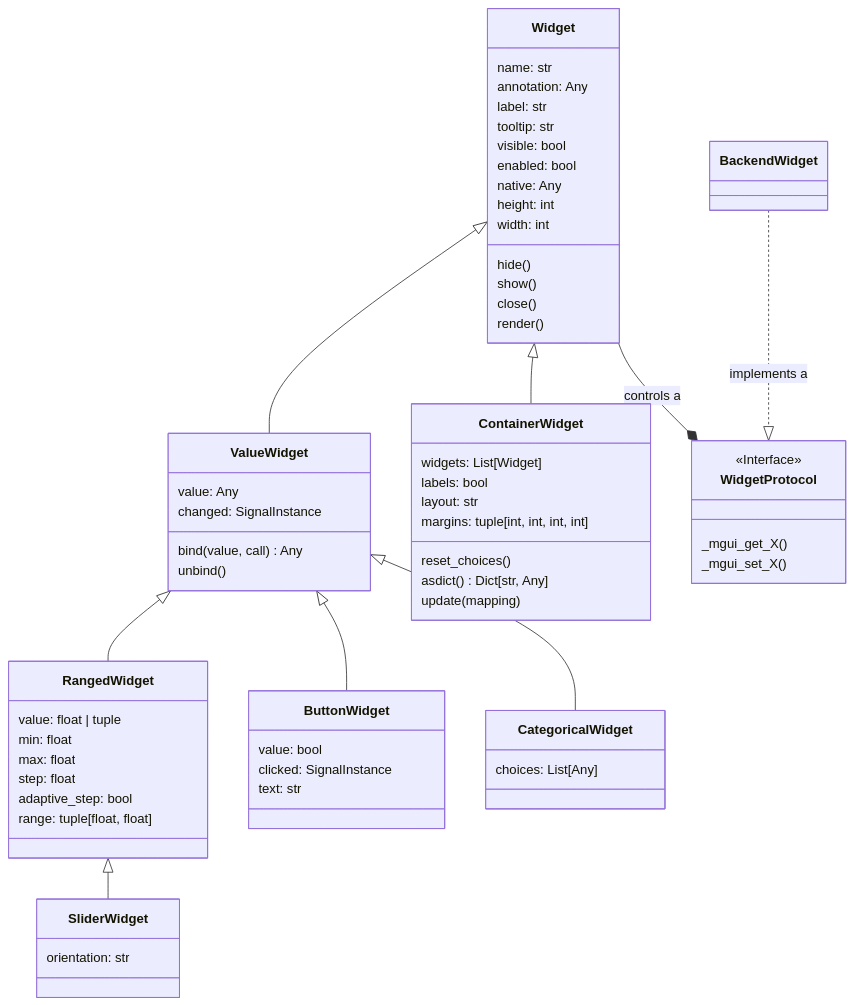
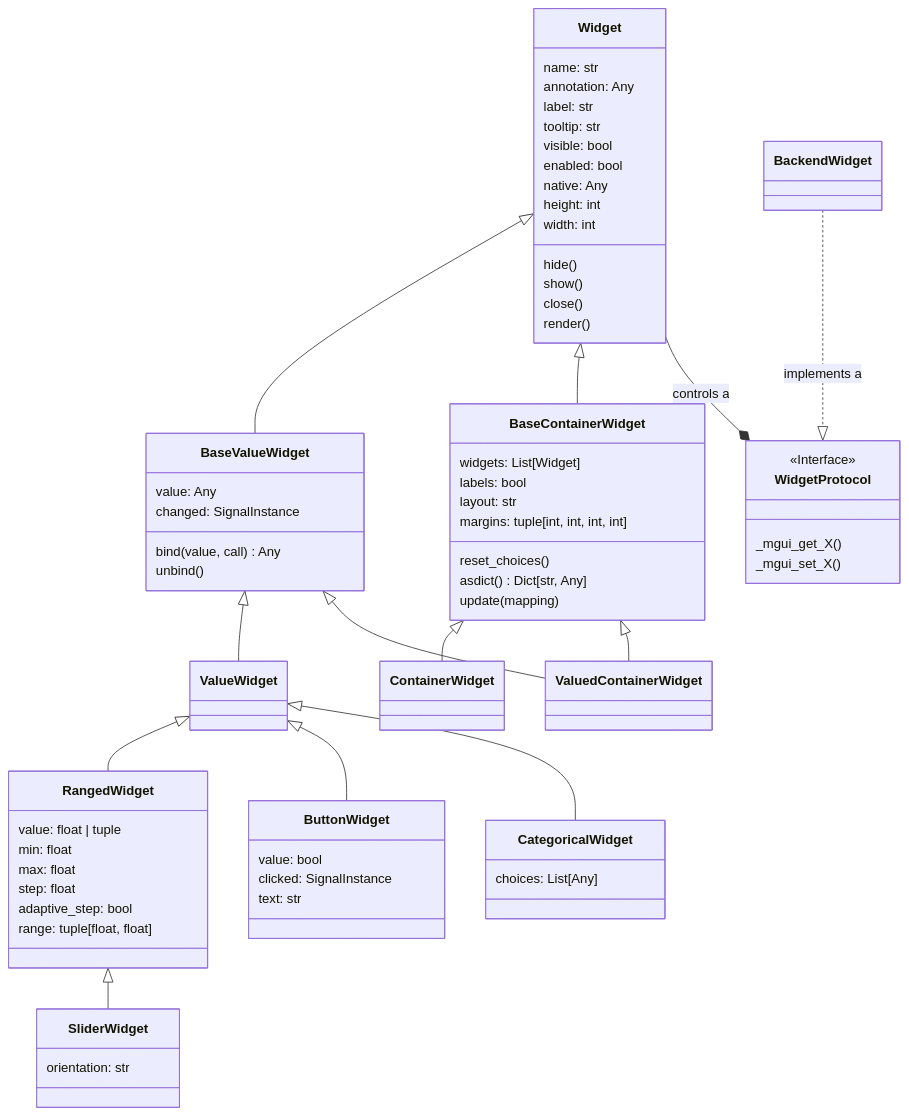
One commit to pyapp-kit/magicgui changed the diagram in docs/api/widgets/bases.md. Above: the diagram before and after it, drawn with Mermaid. The commit also changed other lines of this file and 22 other files, not shown here.

First line of the commit message:
Make all the valued containers subclass `ValueWidget` (#663)

````diff
--- a/docs/api/widgets/bases.md
+++ b/docs/api/widgets/bases.md
@@ -26,74 +29,81 @@
 ``` mermaid
 classDiagram
-    Widget <|-- ValueWidget
-    Widget <|-- ContainerWidget
+    Widget <|-- BaseValueWidget
+    BaseValueWidget <|-- ValueWidget
+    Widget <|-- BaseContainerWidget
     BackendWidget ..|> WidgetProtocol : implements a
     ValueWidget <|-- RangedWidget
     ValueWidget <|-- ButtonWidget
     ValueWidget <|-- CategoricalWidget
     RangedWidget <|-- SliderWidget
+    BaseContainerWidget <|-- ContainerWidget
+    BaseContainerWidget <|-- ValuedContainerWidget
+    BaseValueWidget <|-- ValuedContainerWidget
     Widget --* WidgetProtocol : controls a
     <<Interface>> WidgetProtocol
     class WidgetProtocol {
         _mgui_get_X()
         _mgui_set_X()
     }
     class Widget{
         name: str
         annotation: Any
         label: str
         tooltip: str
         visible: bool
         enabled: bool
         native: Any
         height: int
         width: int
         hide()
         show()
         close()
         render()
     }
-    class ValueWidget{
+    class BaseValueWidget{
         value: Any
         changed: SignalInstance
         bind(value, call) Any
         unbind()
+    }
+    class ValueWidget{
     }
     class RangedWidget{
         value: float | tuple
         min: float
         max: float
         step: float
         adaptive_step: bool
         range: tuple[float, float]
     }
     class SliderWidget{
         orientation: str
     }
     class ButtonWidget{
         value: bool
         clicked: SignalInstance
         text: str
     }
     class CategoricalWidget{
         choices: List[Any]
     }
-    class ContainerWidget{
+    class BaseContainerWidget{
         widgets: List[Widget]
         labels: bool
         layout: str
         margins: tuple[int, int, int, int]
         reset_choices()
         asdict() Dict[str, Any]
         update(mapping)
     }
 
     click Widget href "#magicgui.widgets.bases.Widget"
+    click BaseValueWidget href "#magicgui.widgets.bases.BaseValueWidget"
     click ValueWidget href "#magicgui.widgets.bases.ValueWidget"
     click RangedWidget href "#magicgui.widgets.bases.RangedWidget"
     click SliderWidget href "#magicgui.widgets.bases.SliderWidget"
     click ButtonWidget href "#magicgui.widgets.bases.ButtonWidget"
     click CategoricalWidget href "#magicgui.widgets.bases.CategoricalWidget"
-    click ContainerWidget href "#magicgui.widgets.bases.ContainerWidget"
+    click BaseContainerWidget href "#magicgui.widgets.bases.BaseContainerWidget"
 
 ```
````
